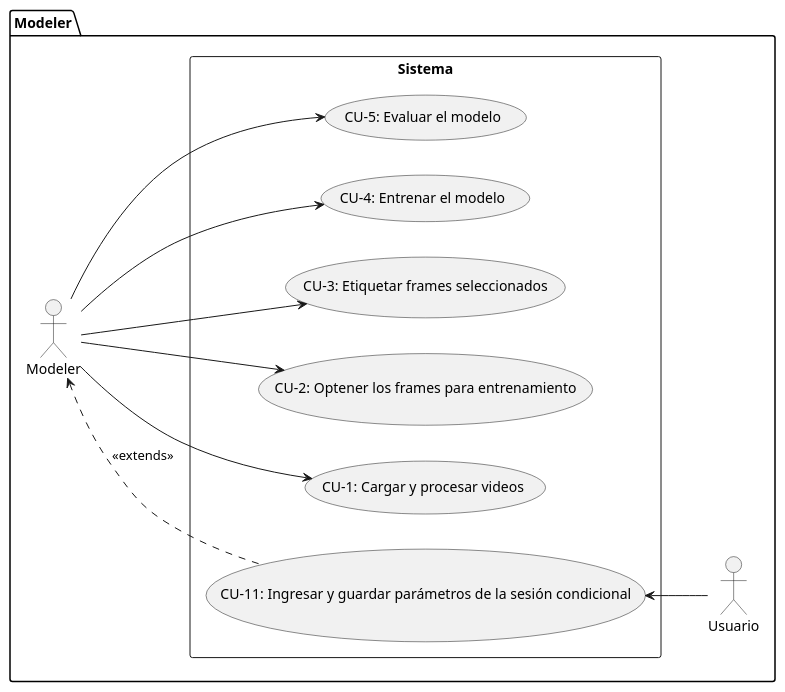
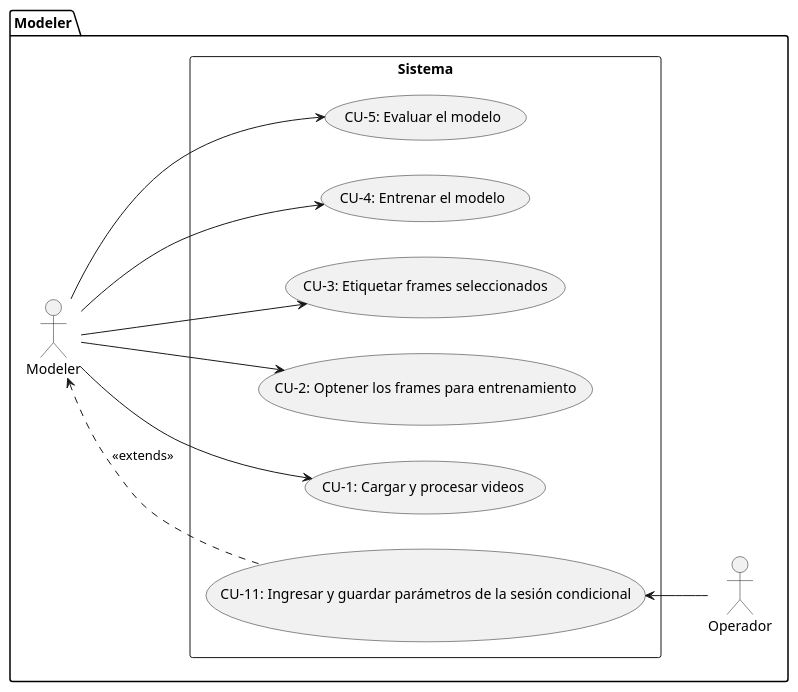
Before and after one commit to MenaVhs/propuesta_pantallas_y_CU: the diagram in Diagramas de Casos de Uso/Modeler.puml, drawn with PlantUML. The commit also changed 4 other files, not shown here.

```diff
--- a/Diagramas de Casos de Uso/Modeler.puml
+++ b/Diagramas de Casos de Uso/Modeler.puml
@@ -1,27 +1,27 @@
 @startuml Modeler
 left to right direction
 package "Modeler"{
 'Creating Actors
 actor Modeler as Mo
-actor Usuario as U
+actor Operador as U
 ' actor Usuario as Us
 rectangle "Sistema"{
     usecase "CU-1: Cargar y procesar videos" as 1
     usecase "CU-2: Optener los frames para entrenamiento" as 2
     usecase "CU-3: Etiquetar frames seleccionados" as 3
     usecase "CU-4: Entrenar el modelo" as 4
     usecase "CU-5: Evaluar el modelo" as 5
     usecase "CU-11: Ingresar y guardar parámetros de la sesión condicional" as 11
     
 }
 
 }
 Mo --> 1
 Mo --> 2
 Mo --> 3
 Mo --> 4
 Mo --> 5
 11 <-- U
 Mo <. 11: <<extends>>
 
 @enduml
```
